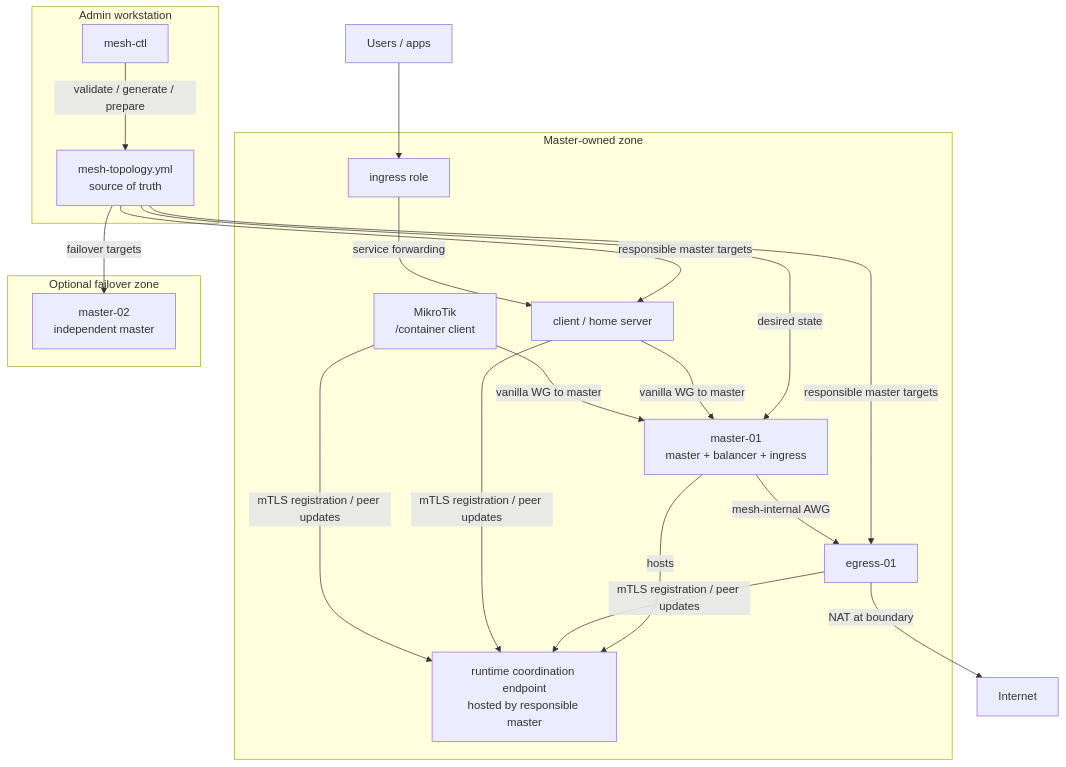
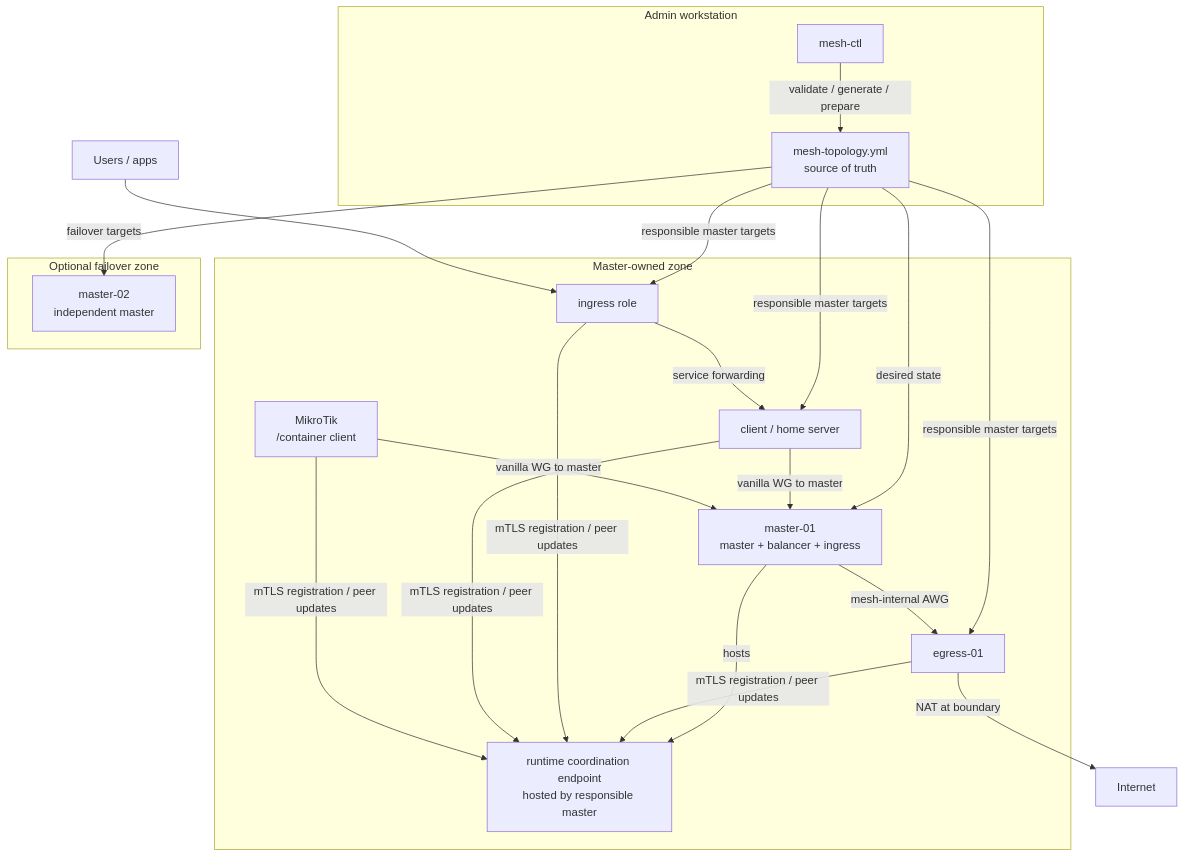
One commit to coonfuuseed-paandaa/awg-mesh changed the diagram in README.md. Above: the diagram before and after it, drawn with Mermaid. The commit also changed 9 other files, not shown here.

````diff
--- a/README.md
+++ b/README.md
@@ -19,39 +19,41 @@
 ```mermaid
 graph TB
     subgraph Admin["Admin workstation"]
         ctl["mesh-ctl"]
         topo["mesh-topology.yml\nsource of truth"]
     end
 
     subgraph ZoneA["Master-owned zone"]
         master["master-01\nmaster + balancer + ingress"]
         coord["runtime coordination endpoint\nhosted by responsible master"]
         egress["egress-01"]
         ingress["ingress role"]
         client["client / home server"]
         mt["MikroTik\n/container client"]
     end
 
     subgraph Failover["Optional failover zone"]
         master2["master-02\nindependent master"]
     end
 
     user["Users / apps"]
     internet["Internet"]
 
     ctl -- "validate / generate / prepare" --> topo
     topo -- "desired state" --> master
     topo -- "responsible master targets" --> egress
+    topo -- "responsible master targets" --> ingress
     topo -- "responsible master targets" --> client
     topo -- "failover targets" --> master2
     master -- "hosts" --> coord
     egress -- "mTLS registration / peer updates" --> coord
+    ingress -- "mTLS registration / peer updates" --> coord
     client -- "mTLS registration / peer updates" --> coord
     mt -- "mTLS registration / peer updates" --> coord
     client -- "vanilla WG to master" --> master
     mt -- "vanilla WG to master" --> master
     master -- "mesh-internal AWG" --> egress
     ingress -- "service forwarding" --> client
     egress -- "NAT at boundary" --> internet
     user --> ingress
 ```
````
